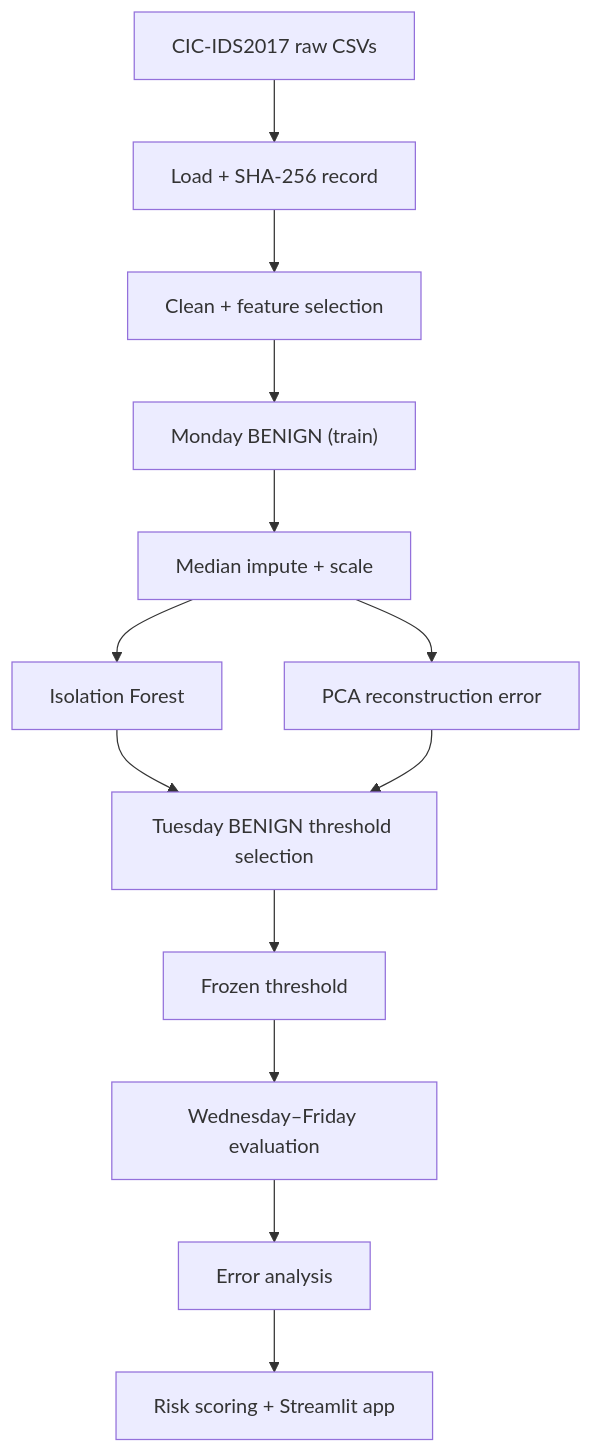
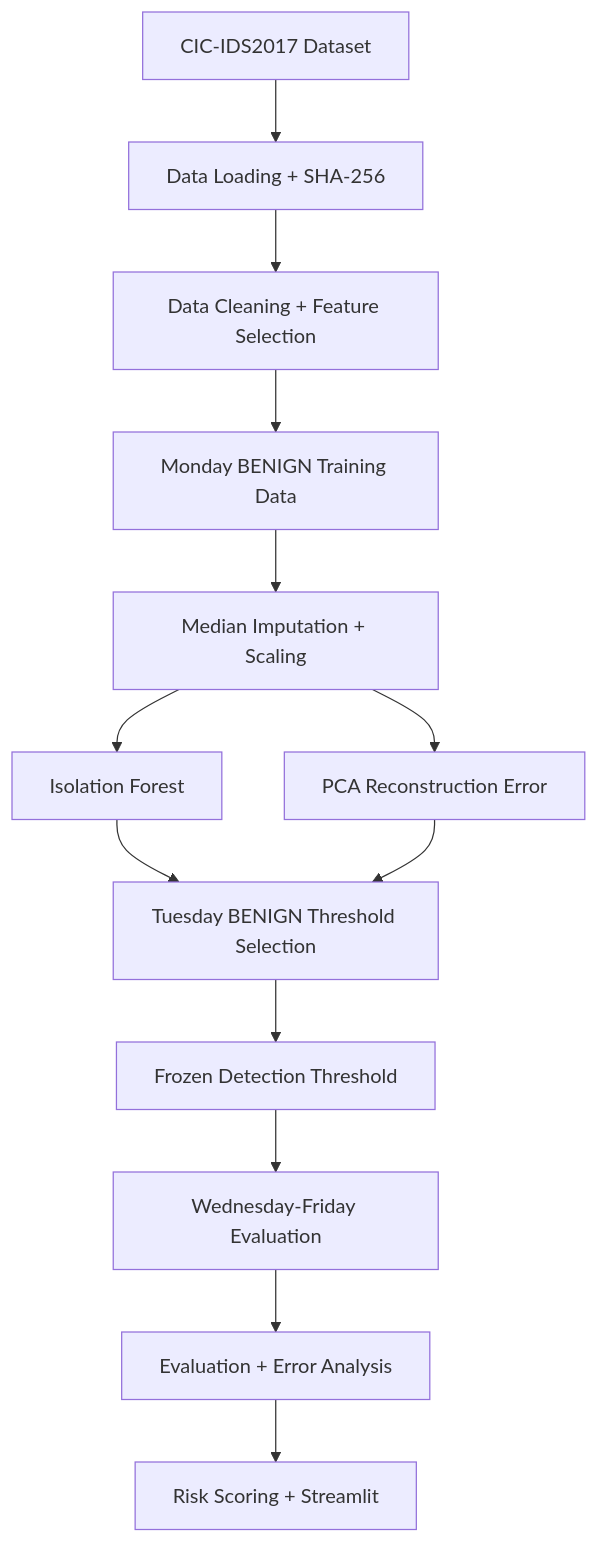
Before and after one commit to yash-2999/network-intrusion-detection-anomaly-scoring: the diagram in README.md, drawn with Mermaid. The commit also changed other lines of this file, not shown here.

````diff
--- a/README.md
+++ b/README.md
@@ -68,15 +73,15 @@
 ```mermaid
 flowchart TD
-    A["CIC-IDS2017 raw CSVs"] --> B["Load + SHA-256 record"]
-    B --> C["Clean + feature selection"]
-    C --> D["Monday BENIGN (train)"]
-    D --> E["Median impute + scale"]
+    A["CIC-IDS2017 Dataset"] --> B["Data Loading + SHA-256"]
+    B --> C["Data Cleaning + Feature Selection"]
+    C --> D["Monday BENIGN Training Data"]
+    D --> E["Median Imputation + Scaling"]
     E --> F["Isolation Forest"]
-    E --> G["PCA reconstruction error"]
-    F --> H["Tuesday BENIGN threshold selection"]
+    E --> G["PCA Reconstruction Error"]
+    F --> H["Tuesday BENIGN Threshold Selection"]
     G --> H
-    H --> I["Frozen threshold"]
-    I --> J["Wednesday–Friday evaluation"]
-    J --> K["Error analysis"]
-    K --> L["Risk scoring + Streamlit app"]
+    H --> I["Frozen Detection Threshold"]
+    I --> J["Wednesday-Friday Evaluation"]
+    J --> K["Evaluation + Error Analysis"]
+    K --> L["Risk Scoring + Streamlit"]
 ```
````
